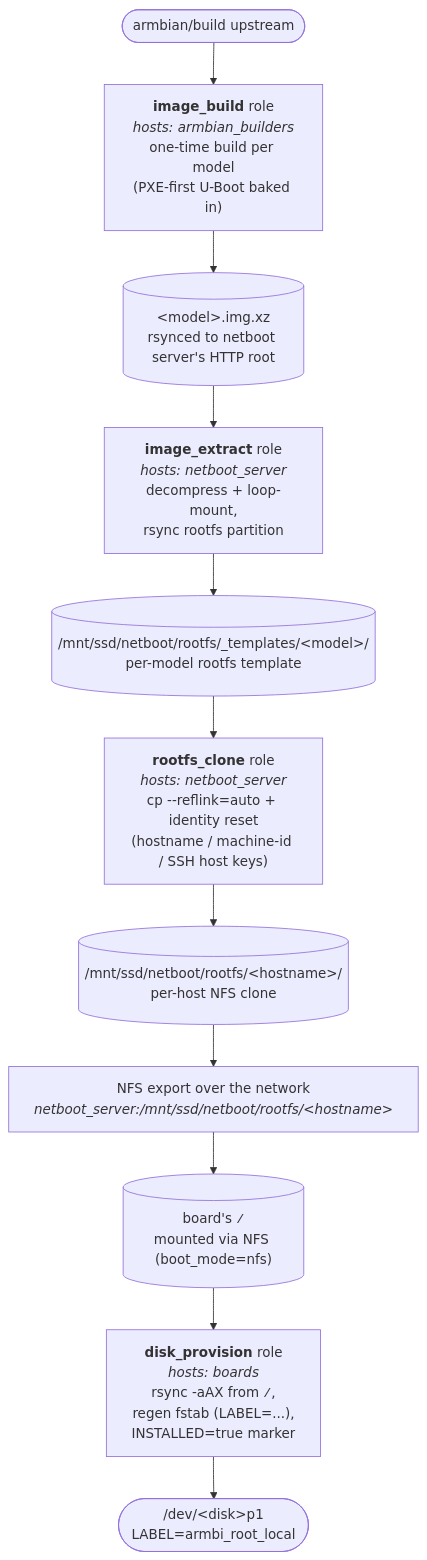
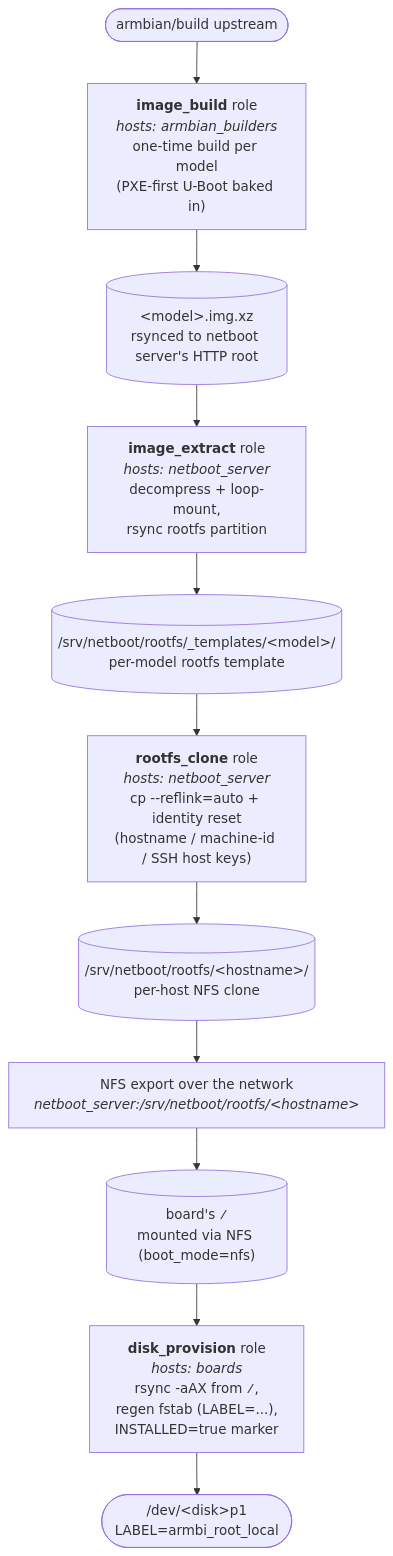
One commit to david-igou/ansible-collection-armbian changed the sixth of 6 diagrams in README.md. Above: the diagram before and after it, drawn with Mermaid. The commit also changed other lines of this file and 12 other files, not shown here.

````diff
--- a/README.md
+++ b/README.md
@@ -596,16 +598,16 @@
 ```mermaid
 flowchart TB
     UPSTREAM(["armbian/build upstream"])
     IB["<b>image_build</b> role<br/><i>hosts: armbian_builders</i><br/>one-time build per model<br/>(PXE-first U-Boot baked in)"]
     IB_OUT[("&lt;model&gt;.img.xz<br/>rsynced to netboot server's HTTP root")]
     IE["<b>image_extract</b> role<br/><i>hosts: netboot_server</i><br/>decompress + loop-mount,<br/>rsync rootfs partition"]
-    IE_OUT[("/mnt/ssd/netboot/rootfs/_templates/&lt;model&gt;/<br/>per-model rootfs template")]
+    IE_OUT[("/srv/netboot/rootfs/_templates/&lt;model&gt;/<br/>per-model rootfs template")]
     RC["<b>rootfs_clone</b> role<br/><i>hosts: netboot_server</i><br/>cp --reflink=auto + identity reset<br/>(hostname / machine-id / SSH host keys)"]
-    RC_OUT[("/mnt/ssd/netboot/rootfs/&lt;hostname&gt;/<br/>per-host NFS clone")]
-    NFSEXP["NFS export over the network<br/><i>netboot_server:/mnt/ssd/netboot/rootfs/&lt;hostname&gt;</i>"]
+    RC_OUT[("/srv/netboot/rootfs/&lt;hostname&gt;/<br/>per-host NFS clone")]
+    NFSEXP["NFS export over the network<br/><i>netboot_server:/srv/netboot/rootfs/&lt;hostname&gt;</i>"]
     BOARD_ROOT[("board's <code>/</code><br/>mounted via NFS (boot_mode=nfs)")]
     DP["<b>disk_provision</b> role<br/><i>hosts: boards</i><br/>rsync -aAX from <code>/</code>,<br/>regen fstab (LABEL=...),<br/>INSTALLED=true marker"]
     DP_OUT(["/dev/&lt;disk&gt;p1<br/>LABEL=armbi_root_local"])
 
     UPSTREAM --> IB --> IB_OUT --> IE --> IE_OUT --> RC --> RC_OUT --> NFSEXP --> BOARD_ROOT --> DP --> DP_OUT
 ```
````
